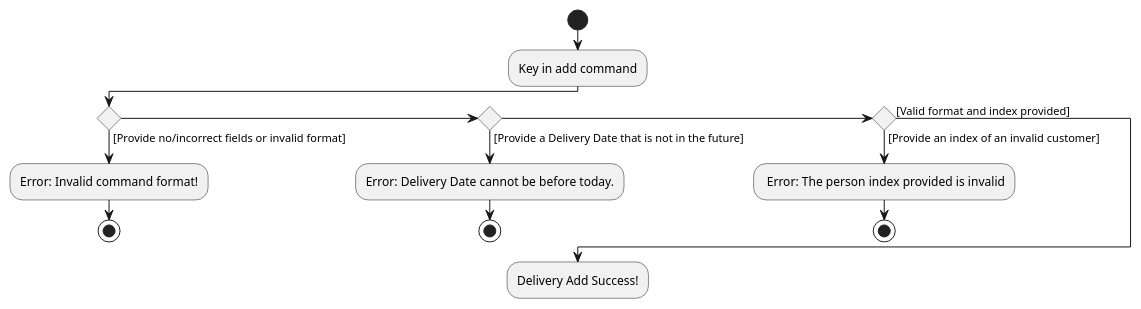
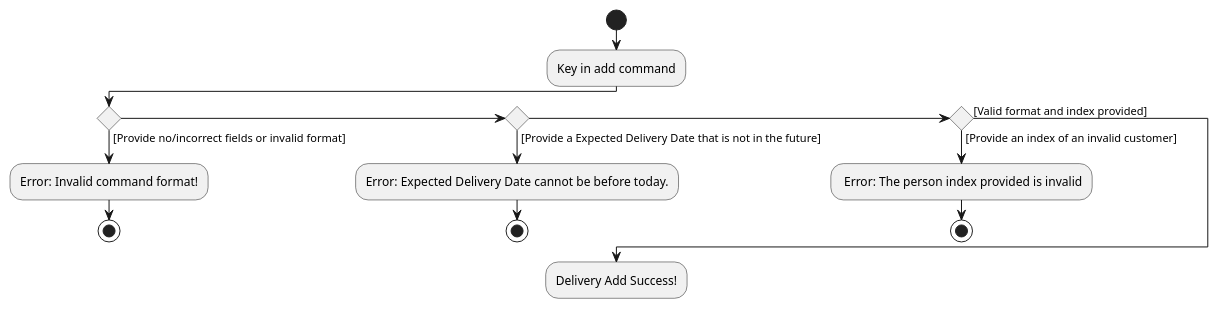
The diagram in diagrams/Gabriels Diagrams/DeliveryAddActivityDiagram.puml (zhonghan721/tp), drawn with PlantUML before and after one commit. The commit also changed 45 other files, not shown here.

```diff
--- a/diagrams/Gabriels Diagrams/DeliveryAddActivityDiagram.puml
+++ b/diagrams/Gabriels Diagrams/DeliveryAddActivityDiagram.puml
@@ -1,19 +1,19 @@
 @startuml
 start
 :Key in add command;
 
  if () then ([Provide no/incorrect fields or invalid format])
   :Error: Invalid command format!;
   stop
-  elseif () then ([Provide a Delivery Date that is not in the future])
-  :Error: Delivery Date cannot be before today.;
+  elseif () then ([Provide a Expected Delivery Date that is not in the future])
+  :Error: Expected Delivery Date cannot be before today.;
   stop
   elseif () then ([Provide an index of an invalid customer])
   : Error: The person index provided is invalid;
   stop
 
   else ([Valid format and index provided])
   endif
   :Delivery Add Success!;
 
 @enduml
```
